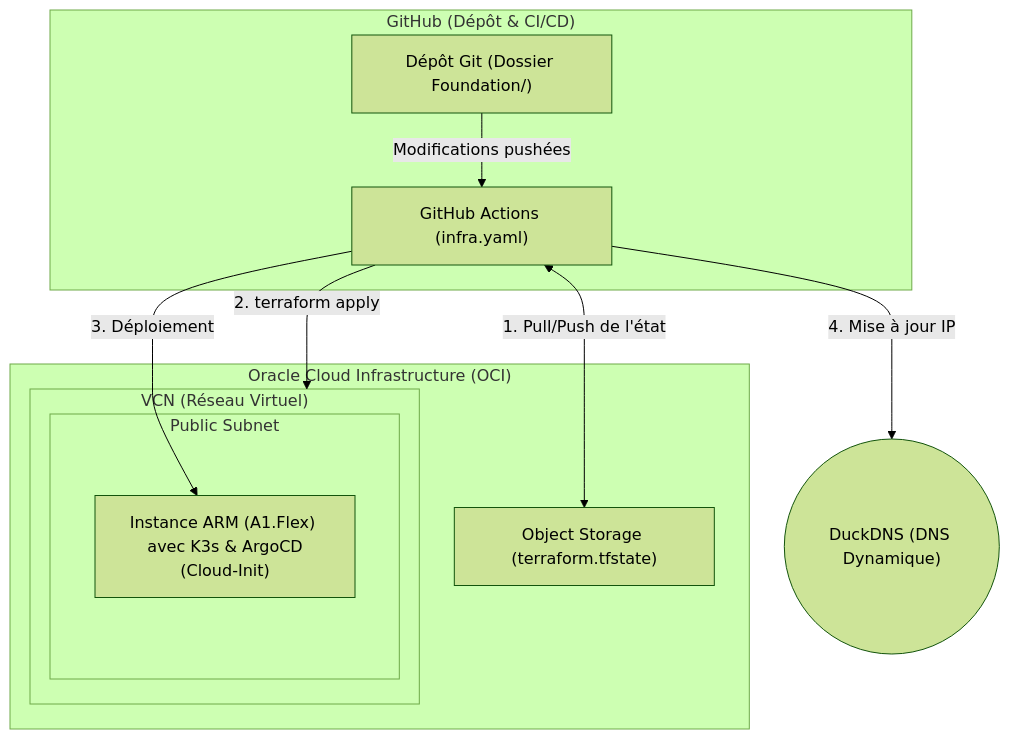
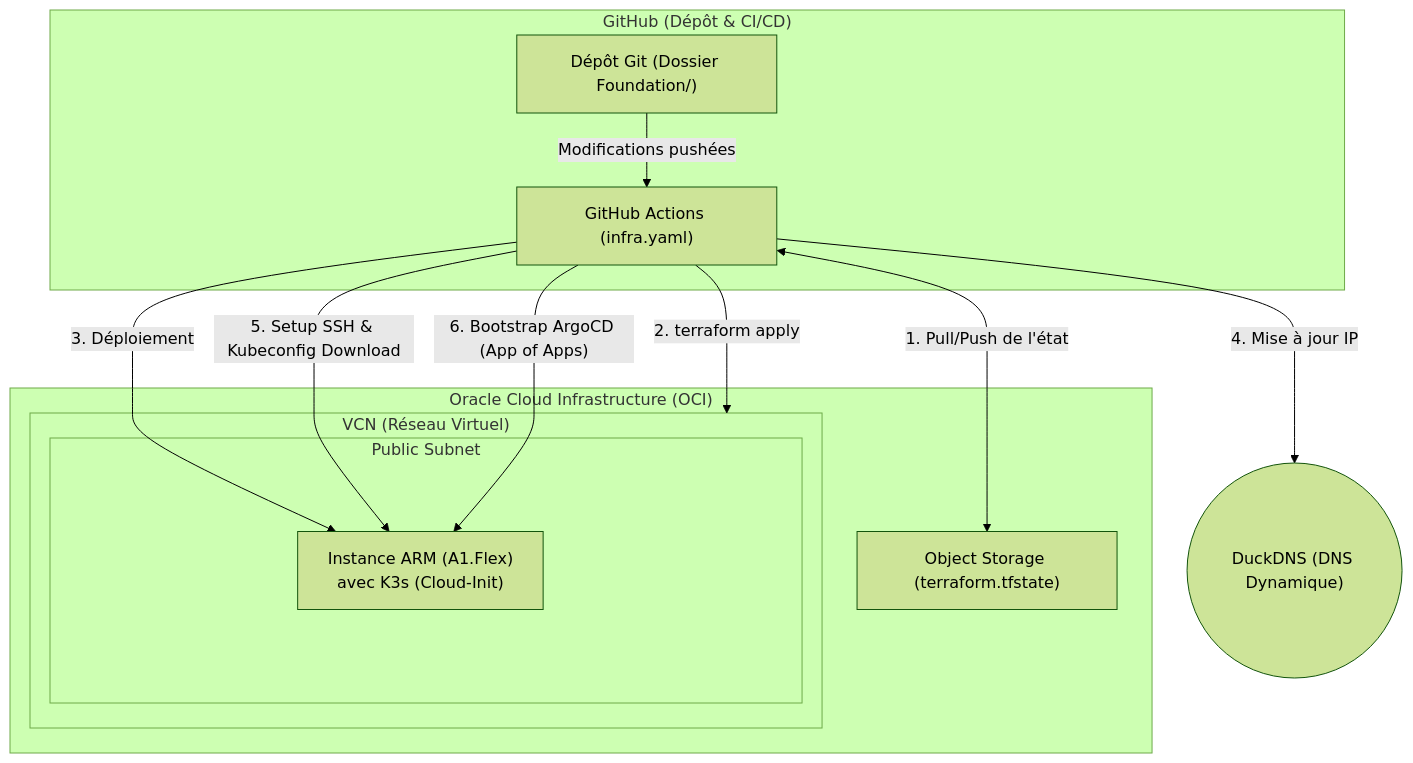
The first of 2 diagrams in README.md (Noureddine-t/virtualisation-et-cloud-computing), drawn with Mermaid (forest theme) before and after one commit. The commit also changed other lines of this file and 41 other files, not shown here.

First line of the commit message:
refactor: migrate to microservices Helm charts and App of Apps pattern

````diff
--- a/README.md
+++ b/README.md
@@ -168,24 +160,26 @@
 ```mermaid
 graph TB
     subgraph GitHub ["GitHub (Dépôt & CI/CD)"]
         code["Dépôt Git (Dossier Foundation/)"]
         gha["GitHub Actions (infra.yaml)"]
         code -->|"Modifications pushées"| gha
     end
 
     subgraph OCI ["Oracle Cloud Infrastructure (OCI)"]
         Bucket["Object Storage (terraform.tfstate)"]
         subgraph VCN ["VCN (Réseau Virtuel)"]
             subgraph Subnet ["Public Subnet"]
-                VM["Instance ARM (A1.Flex) <br> avec K3s & ArgoCD (Cloud-Init)"]
+                VM["Instance ARM (A1.Flex) <br> avec K3s (Cloud-Init)"]
             end
         end
     end
     
     DuckDNS(("DuckDNS (DNS Dynamique)"))
     
     gha <-->|"1. Pull/Push de l'état"| Bucket
     gha -->|"2. terraform apply"| VCN
     gha -->|"3. Déploiement"| VM
     gha -->|"4. Mise à jour IP"| DuckDNS
+    gha -->|"5. Setup SSH & Kubeconfig Download"| VM
+    gha -->|"6. Bootstrap ArgoCD (App of Apps)"| VM
 ```
````
